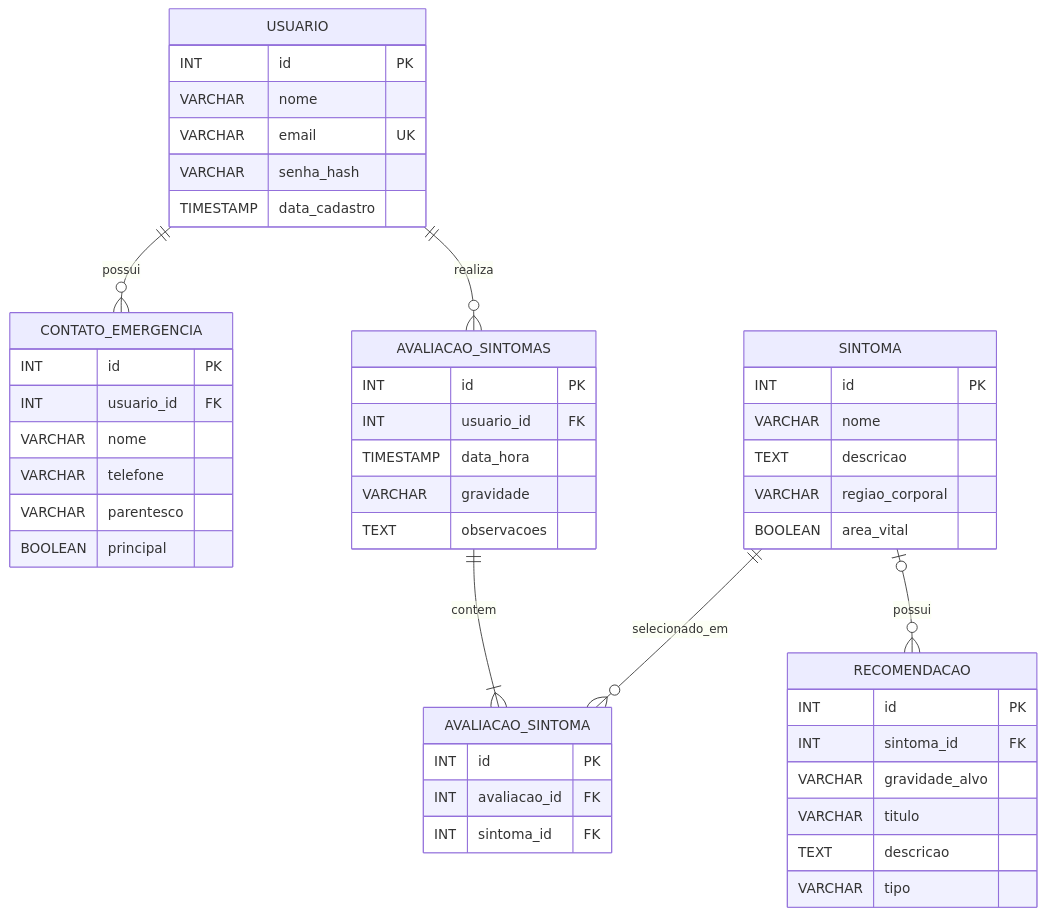
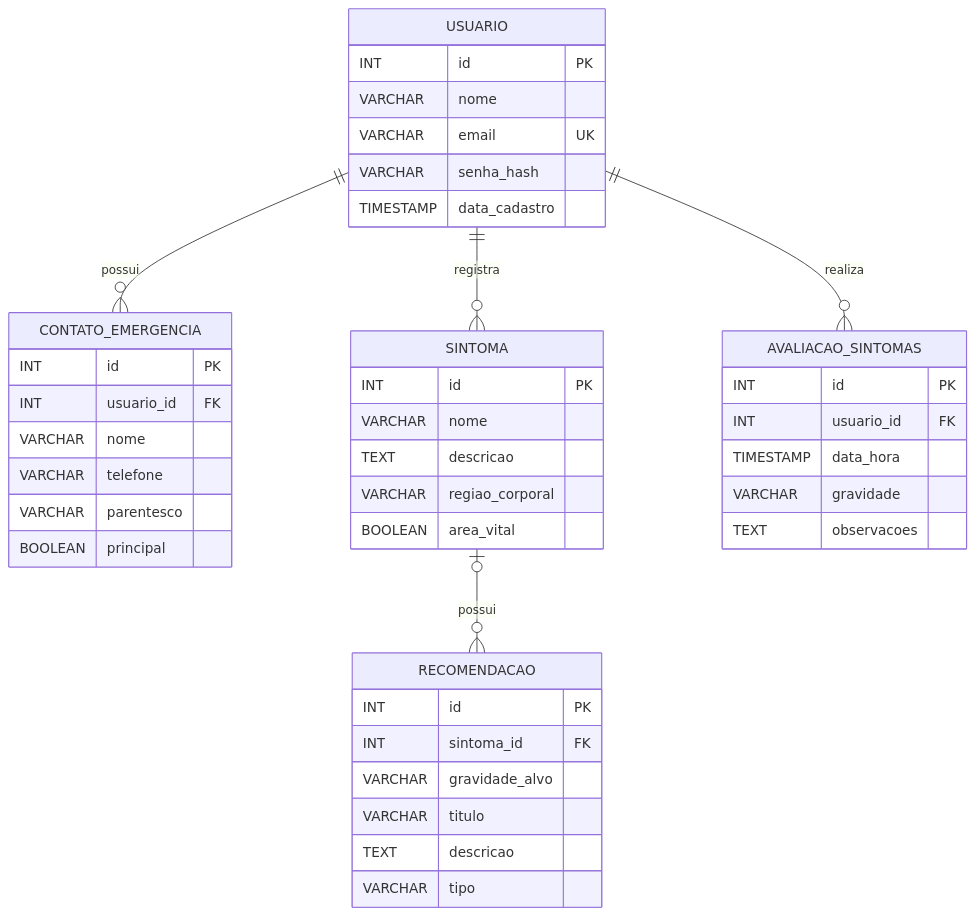
Before and after one commit to thayssamaneo/vitale: the second of 2 diagrams in README.md, drawn with Mermaid. The commit also changed other lines of this file, not shown here.

Commit message:
Update UML and ER diagrams in README

````diff
--- a/README.md
+++ b/README.md
@@ -192,58 +130,51 @@
 ```mermaid
 erDiagram
     USUARIO {
         INT id PK
         VARCHAR nome
         VARCHAR email UK
         VARCHAR senha_hash
         TIMESTAMP data_cadastro
     }
 
     CONTATO_EMERGENCIA {
         INT id PK
         INT usuario_id FK
         VARCHAR nome
         VARCHAR telefone
         VARCHAR parentesco
         BOOLEAN principal
     }
 
     SINTOMA {
         INT id PK
         VARCHAR nome
         TEXT descricao
         VARCHAR regiao_corporal
         BOOLEAN area_vital
     }
 
     AVALIACAO_SINTOMAS {
         INT id PK
         INT usuario_id FK
         TIMESTAMP data_hora
         VARCHAR gravidade
         TEXT observacoes
     }
 
-    AVALIACAO_SINTOMA {
-        INT id PK
-        INT avaliacao_id FK
-        INT sintoma_id FK
-    }
-
     RECOMENDACAO {
         INT id PK
         INT sintoma_id FK
         VARCHAR gravidade_alvo
         VARCHAR titulo
         TEXT descricao
         VARCHAR tipo
     }
 
     USUARIO ||--o{ CONTATO_EMERGENCIA : possui
     USUARIO ||--o{ AVALIACAO_SINTOMAS : realiza
 
-    AVALIACAO_SINTOMAS ||--|{ AVALIACAO_SINTOMA : contem
-    SINTOMA ||--o{ AVALIACAO_SINTOMA : selecionado_em
 
     SINTOMA o|--o{ RECOMENDACAO : possui
+    USUARIO ||--o{ SINTOMA : registra
 ```
````
